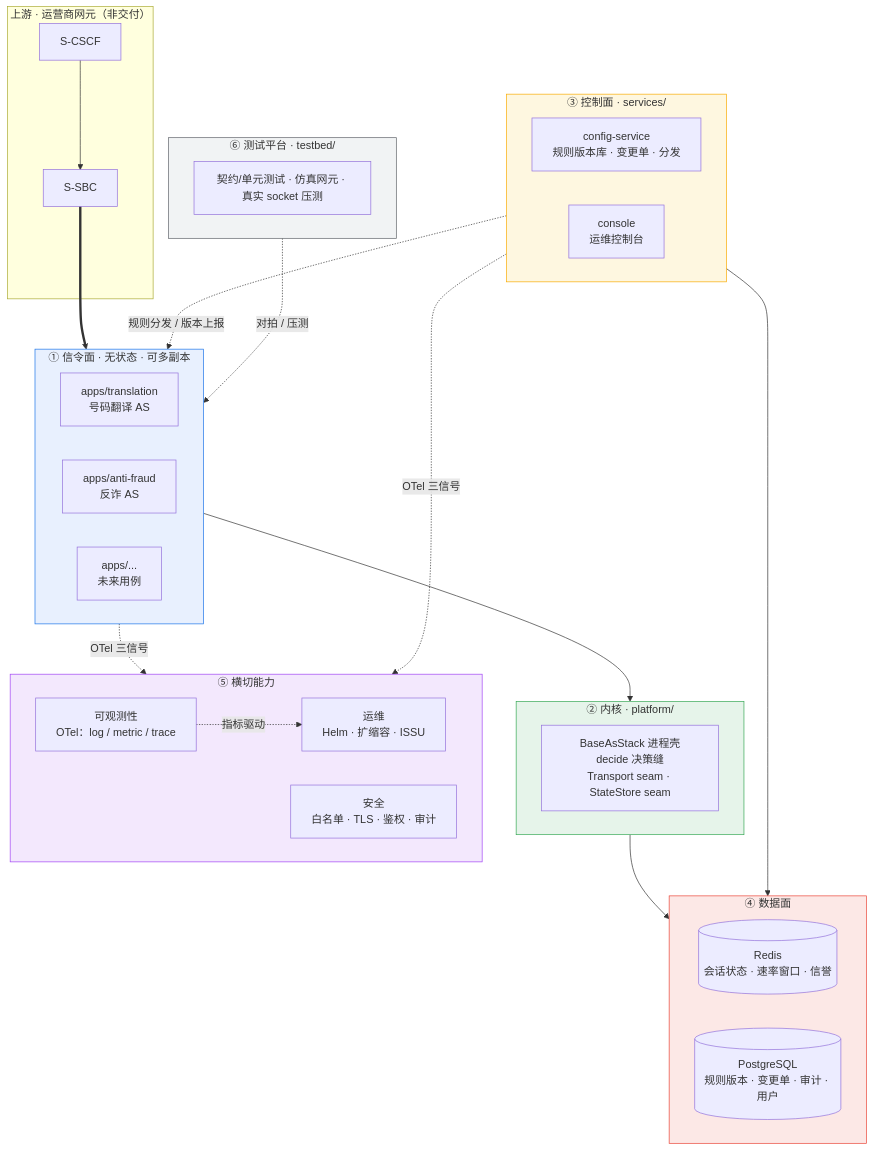
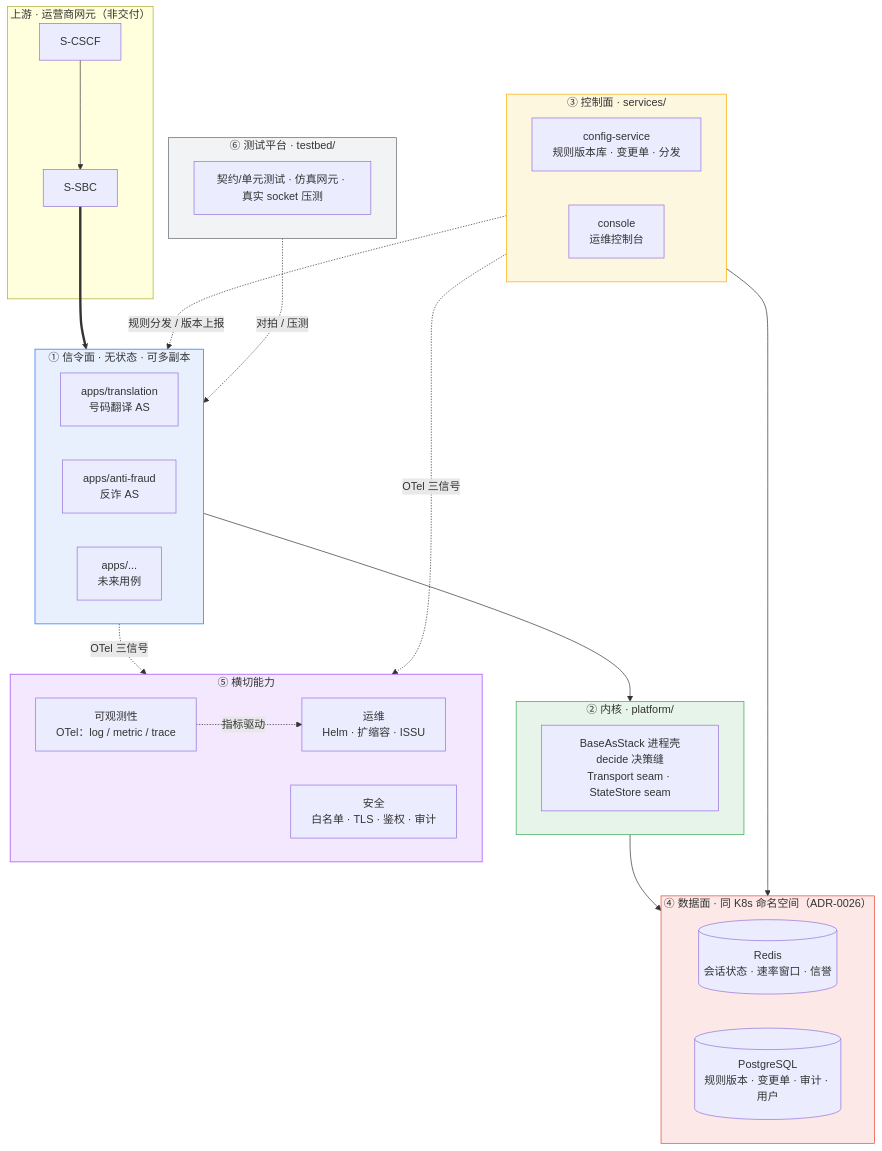
One commit to dolanshu/3rdparty-as changed the second of 12 diagrams in docs/architecture/新系统整体架构.md. Above: the diagram before and after it, drawn with Mermaid. The commit also changed other lines of this file and 88 other files, not shown here.

````diff
--- a/docs/architecture/新系统整体架构.md
+++ b/docs/architecture/新系统整体架构.md
@@ -91,58 +91,58 @@
 ```mermaid
 flowchart TB
     subgraph UP["上游 · 运营商网元（非交付）"]
         SCSCF2["S-CSCF"]
         SSBC2["S-SBC"]
     end
 
     subgraph SIG["① 信令面 · 无状态 · 可多副本"]
         direction LR
         APP1["apps/translation<br/>号码翻译 AS"]
         APP2["apps/anti-fraud<br/>反诈 AS"]
         APPN["apps/...<br/>未来用例"]
     end
 
     subgraph CORE["② 内核 · platform/"]
         CORE1["BaseAsStack 进程壳<br/>decide 决策缝<br/>Transport seam · StateStore seam"]
     end
 
     subgraph CTRL["③ 控制面 · services/"]
         direction LR
         CFG["config-service<br/>规则版本库 · 变更单 · 分发"]
         CON["console<br/>运维控制台"]
     end
 
-    subgraph DATA["④ 数据面"]
+    subgraph DATA["④ 数据面 · 同 K8s 命名空间（ADR-0026）"]
         direction LR
         REDIS[("Redis<br/>会话状态 · 速率窗口 · 信誉")]
         PG[("PostgreSQL<br/>规则版本 · 变更单 · 审计 · 用户")]
     end
 
     subgraph CROSS["⑤ 横切能力"]
         direction LR
         OBS["可观测性<br/>OTel：log / metric / trace"]
         SEC["安全<br/>白名单 · TLS · 鉴权 · 审计"]
         OPS["运维<br/>Helm · 扩缩容 · ISSU"]
     end
 
     subgraph TEST["⑥ 测试平台 · testbed/"]
         TB1["契约/单元测试 · 仿真网元 · 真实 socket 压测"]
     end
 
     SCSCF2 --> SSBC2 ==> SIG
     SIG --> CORE
     CORE --> DATA
     CTRL --> DATA
     CTRL -. "规则分发 / 版本上报" .-> SIG
     SIG -. "OTel 三信号" .-> OBS
     CTRL -. "OTel 三信号" .-> OBS
     OBS -. "指标驱动" .-> OPS
     TEST -. "对拍 / 压测" .-> SIG
 
     style SIG fill:#e8f0fe,stroke:#1a73e8
     style CORE fill:#e6f4ea,stroke:#34a853
     style CTRL fill:#fef7e0,stroke:#f9ab00
     style DATA fill:#fce8e6,stroke:#ea4335
     style CROSS fill:#f3e8fd,stroke:#a142f4
     style TEST fill:#f1f3f4,stroke:#5f6368
 ```
````
